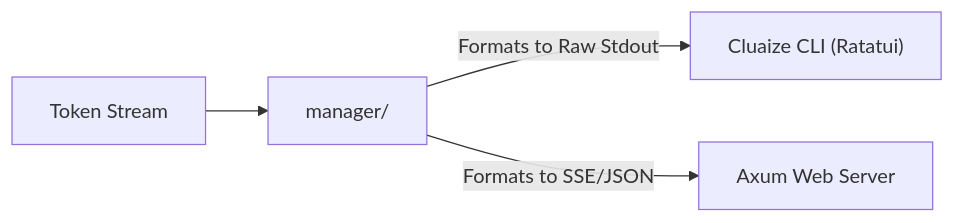
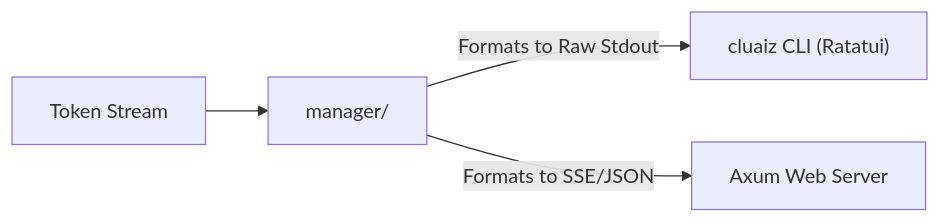
One commit to ayan-kushwaha/Cluaiz- changed the diagram in Inference-engine/engines/src/interface-engines/README.md. Above: the diagram before and after it, drawn with Mermaid. The commit also changed other lines of this file and 441 other files, not shown here.

Commit message:
Refactor core orchestrator architecture and migrate FFI bindings to plugin system

````diff
--- a/Inference-engine/engines/src/interface-engines/README.md
+++ b/Inference-engine/engines/src/interface-engines/README.md
@@ -15,6 +15,6 @@
 ```mermaid
 graph LR
     Engine["Token Stream"] --> Manager["manager/"]
-    Manager -->|"Formats to Raw Stdout"| CLI["Cluaize CLI (Ratatui)"]
+    Manager -->|"Formats to Raw Stdout"| CLI["cluaiz CLI (Ratatui)"]
     Manager -->|"Formats to SSE/JSON"| API["Axum Web Server"]
 ```
````
